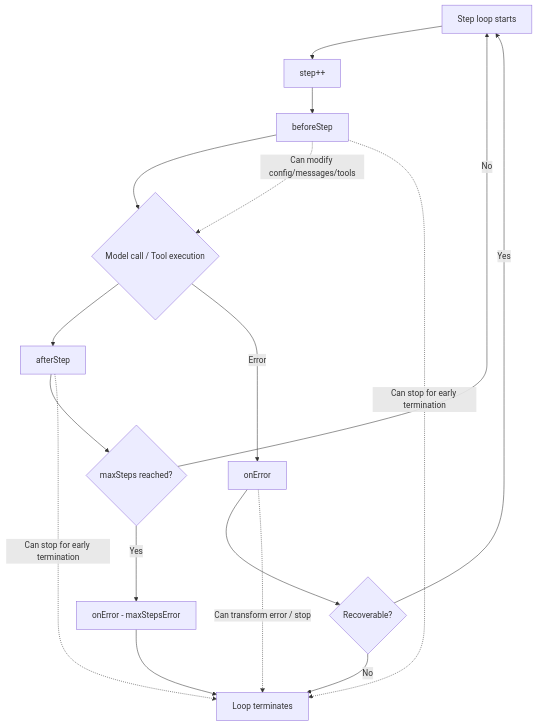
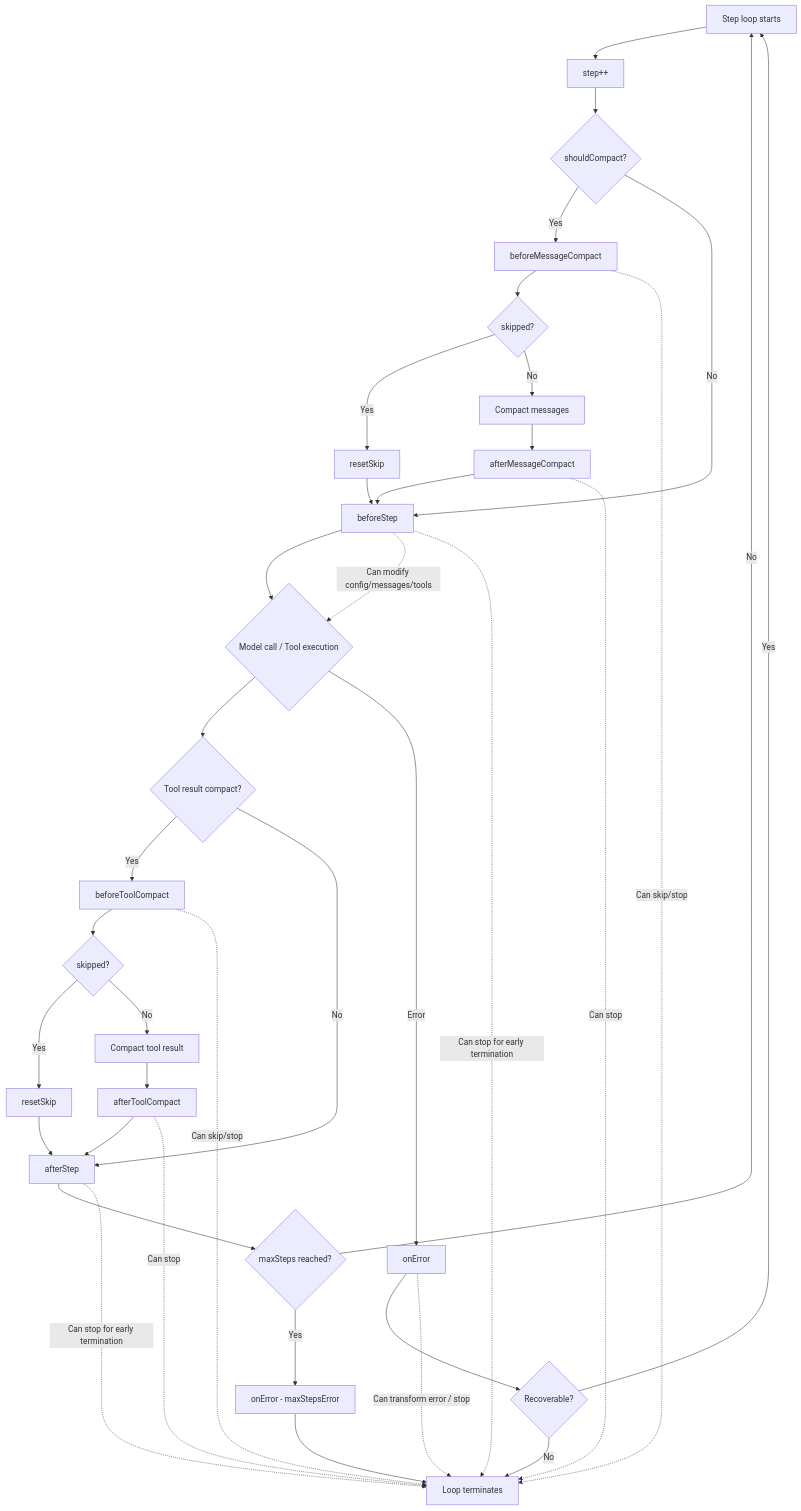
One commit to FliPPeDround/deepseek-kit changed the diagram in website/content/2.core/7.hooks.md. Above: the diagram before and after it, drawn with Mermaid. The commit also changed other lines of this file and 8 other files, not shown here.

````diff
--- a/website/content/2.core/7.hooks.md
+++ b/website/content/2.core/7.hooks.md
@@ -411,20 +536,40 @@
 ```mermaid
 flowchart TD
     A[Step loop starts] --> B[step++]
-    B --> C[beforeStep]
+    B --> B1{shouldCompact?}
+    B1 -- Yes --> B2[beforeMessageCompact]
+    B2 --> B3{skipped?}
+    B3 -- Yes --> B4[resetSkip]
+    B3 -- No --> B5[Compact messages]
+    B5 --> B6[afterMessageCompact]
+    B4 --> C
+    B6 --> C
+    B1 -- No --> C[beforeStep]
     C --> D{Model call / Tool execution}
-    D --> E[afterStep]
+    D --> D1{Tool result compact?}
+    D1 -- Yes --> D2[beforeToolCompact]
+    D2 --> D3{skipped?}
+    D3 -- Yes --> D4[resetSkip]
+    D3 -- No --> D5[Compact tool result]
+    D5 --> D6[afterToolCompact]
+    D4 --> E
+    D6 --> E
+    D1 -- No --> E[afterStep]
     E --> F{maxSteps reached?}
     F -- No --> A
     F -- Yes --> G[onError - maxStepsError]
     D -- Error --> H[onError]
     H --> I{Recoverable?}
     I -- Yes --> A
     I -- No --> J[Loop terminates]
     G --> J
 
+    B2 -. Can skip/stop .-> J
+    B6 -. Can stop .-> J
     C -. Can modify config/messages/tools .-> D
     C -. Can stop for early termination .-> J
+    D2 -. Can skip/stop .-> J
+    D6 -. Can stop .-> J
     E -. Can stop for early termination .-> J
     H -. Can transform error / stop .-> J
 ```
````
